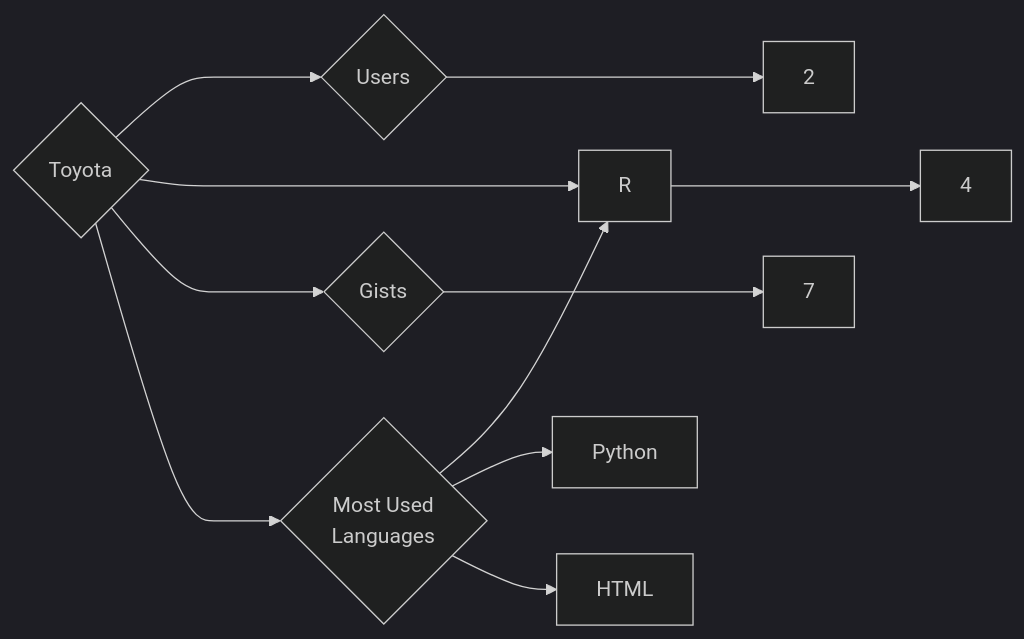
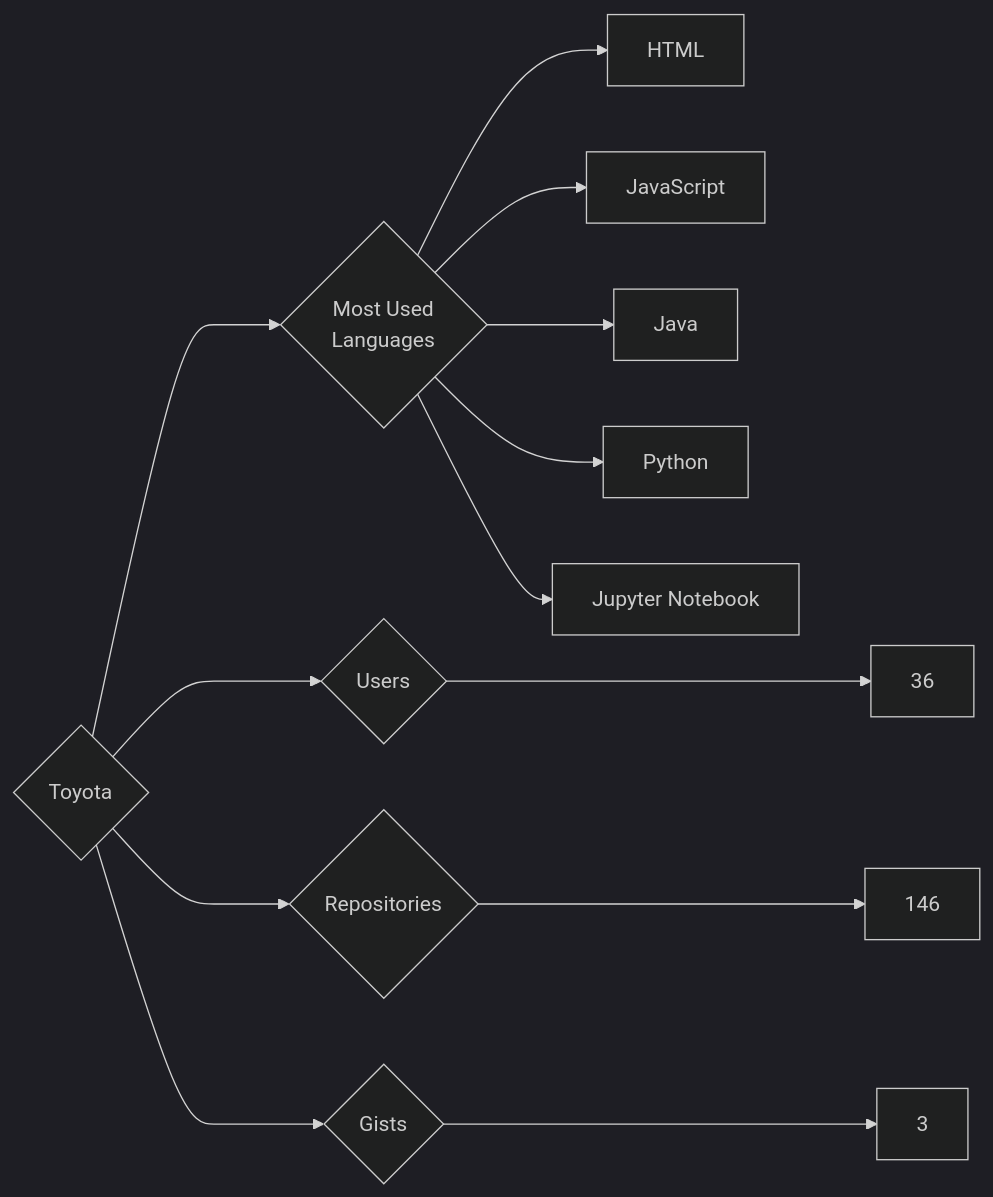
One commit to trickest/insiders changed the diagram in targets/Toyota/README.md. Above: the diagram before and after it, drawn with Mermaid (dark theme). The commit also changed 972 other files, not shown here.

````diff
--- a/targets/Toyota/README.md
+++ b/targets/Toyota/README.md
@@ -3,11 +3,13 @@
 ```mermaid
 graph LR
 COMPANY_NAME{Toyota}
-COMPANY_NAME ---> U{Users} ---> UN[2]
-COMPANY_NAME ---> R{Repositories} ---> RN[4]
-COMPANY_NAME ---> G{Gists} ---> GN[7]
+COMPANY_NAME ---> U{Users} ---> UN[36]
+COMPANY_NAME ---> R{Repositories} ---> RN[146]
+COMPANY_NAME ---> G{Gists} ---> GN[3]
 COMPANY_NAME ---> ML{Most Used<br>Languages}
-ML --> R[R]
+ML --> HTML[HTML]
+ML --> JavaScript[JavaScript]
+ML --> Java[Java]
 ML --> Python[Python]
-ML --> HTML[HTML]
+ML --> Jupyter_Notebook[Jupyter Notebook]
 ```
````
